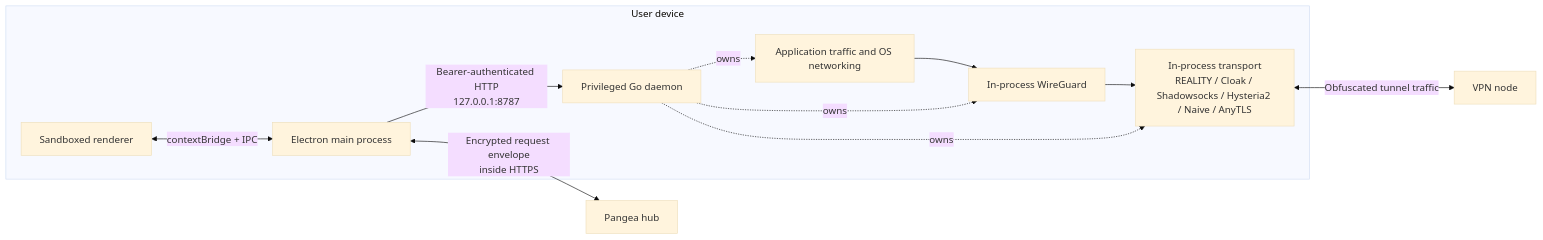
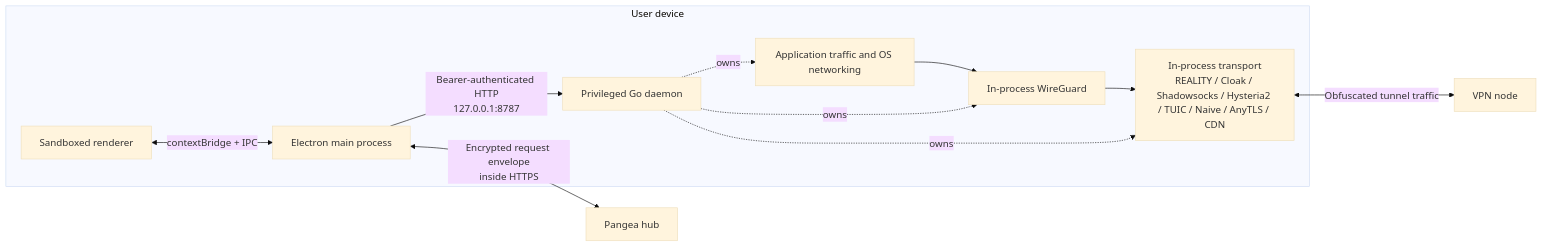
One commit to pangeavpn/pangeavpn-app changed the first of 3 diagrams in docs/architecture.md. Above: the diagram before and after it, drawn with Mermaid (base theme). The commit also changed other lines of this file and 2 other files, not shown here.

Commit message:
docs: document the TUIC and CDN transports

````diff
--- a/docs/architecture.md
+++ b/docs/architecture.md
@@ -42,15 +42,15 @@
 ```mermaid
 flowchart LR
     subgraph Device[User device]
         Renderer[Sandboxed renderer] <-->|contextBridge + IPC| Main[Electron main process]
         Main -->|Bearer-authenticated HTTP<br/>127.0.0.1:8787| Daemon[Privileged Go daemon]
         OS[Application traffic and OS networking] --> WG[In-process WireGuard]
-        WG --> Transport[In-process transport<br/>REALITY / Cloak / Shadowsocks / Hysteria2 / Naive / AnyTLS]
+        WG --> Transport[In-process transport<br/>REALITY / Cloak / Shadowsocks / Hysteria2 / TUIC / Naive / AnyTLS / CDN]
         Daemon -. owns .-> OS
         Daemon -. owns .-> WG
         Daemon -. owns .-> Transport
     end
 
     Main <-->|Encrypted request envelope<br/>inside HTTPS| Hub[Pangea hub]
     Transport <-->|Obfuscated tunnel traffic| Node[VPN node]
 ```
````
